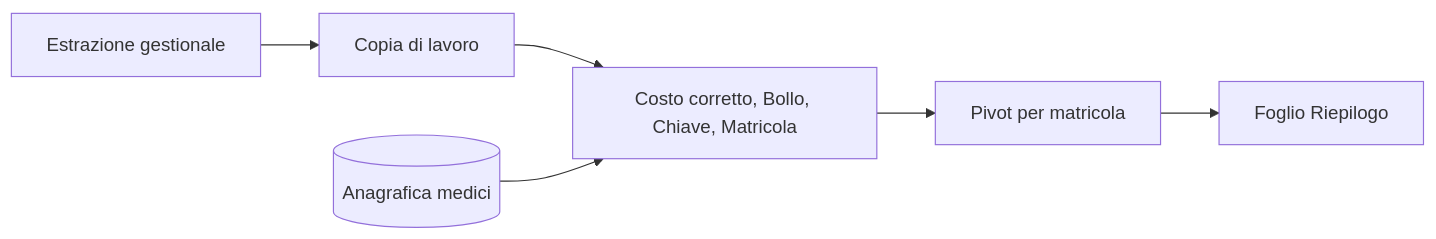
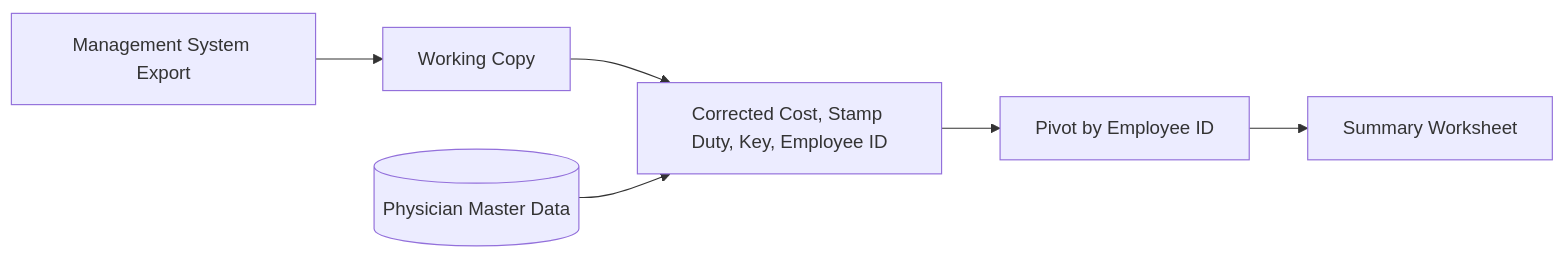
The diagram in ALPI/README.md (caporz/Healthcare-Process-Automation), drawn with Mermaid before and after one commit. The commit also changed other lines of this file, not shown here.

````diff
--- a/ALPI/README.md
+++ b/ALPI/README.md
@@ -22,8 +24,8 @@
 ```mermaid
 flowchart LR
-    A[Estrazione gestionale] --> B[Copia di lavoro]
-    B --> C[Costo corretto, Bollo, Chiave, Matricola]
-    D[(Anagrafica medici)] --> C
-    C --> E[Pivot per matricola]
-    E --> F[Foglio Riepilogo]
+    A[Management System Export] --> B[Working Copy]
+    B --> C[Corrected Cost, Stamp Duty, Key, Employee ID]
+    D[(Physician Master Data)] --> C
+    C --> E[Pivot by Employee ID]
+    E --> F[Summary Worksheet]
 ```
````
